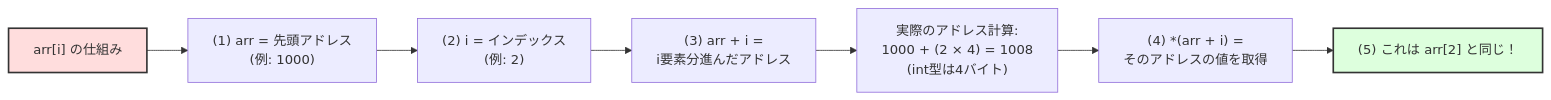
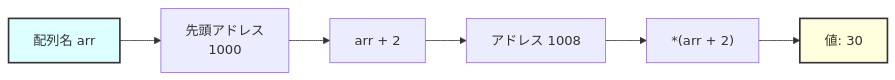
Before and after one commit to zabaglione/c-language-tutorial: the second of 2 diagrams in src/arrays-pointers/README.md, drawn with Mermaid. The commit also changed other lines of this file and 39 other files, not shown here.

````diff
--- a/src/arrays-pointers/README.md
+++ b/src/arrays-pointers/README.md
@@ -88,13 +96,11 @@
 ```mermaid
 flowchart LR
-    A["arr[i] の仕組み"]
-    A --> B["(1) arr = 先頭アドレス\n(例: 1000)"]
-    B --> C["(2) i = インデックス\n(例: 2)"]
-    C --> D["(3) arr + i =\ni要素分進んだアドレス"]
-    D --> E["実際のアドレス計算:\n1000 + (2 × 4) = 1008\n(int型は4バイト)"]
-    E --> F["(4) *(arr + i) =\nそのアドレスの値を取得"]
-    F --> G["(5) これは arr[2] と同じ！"]
+    A["配列名 arr"] --> B["先頭アドレス\n1000"]
+    B --> C["arr + 2"]
+    C --> D["アドレス 1008"]
+    D --> E["*(arr + 2)"]
+    E --> F["値: 30"]
 
-    style A fill:#fdd,stroke:#333,stroke-width:2px
-    style G fill:#dfd,stroke:#333,stroke-width:2px
+    style A fill:#dff,stroke:#333,stroke-width:2px
+    style F fill:#ffd,stroke:#333,stroke-width:2px
 ```
````
